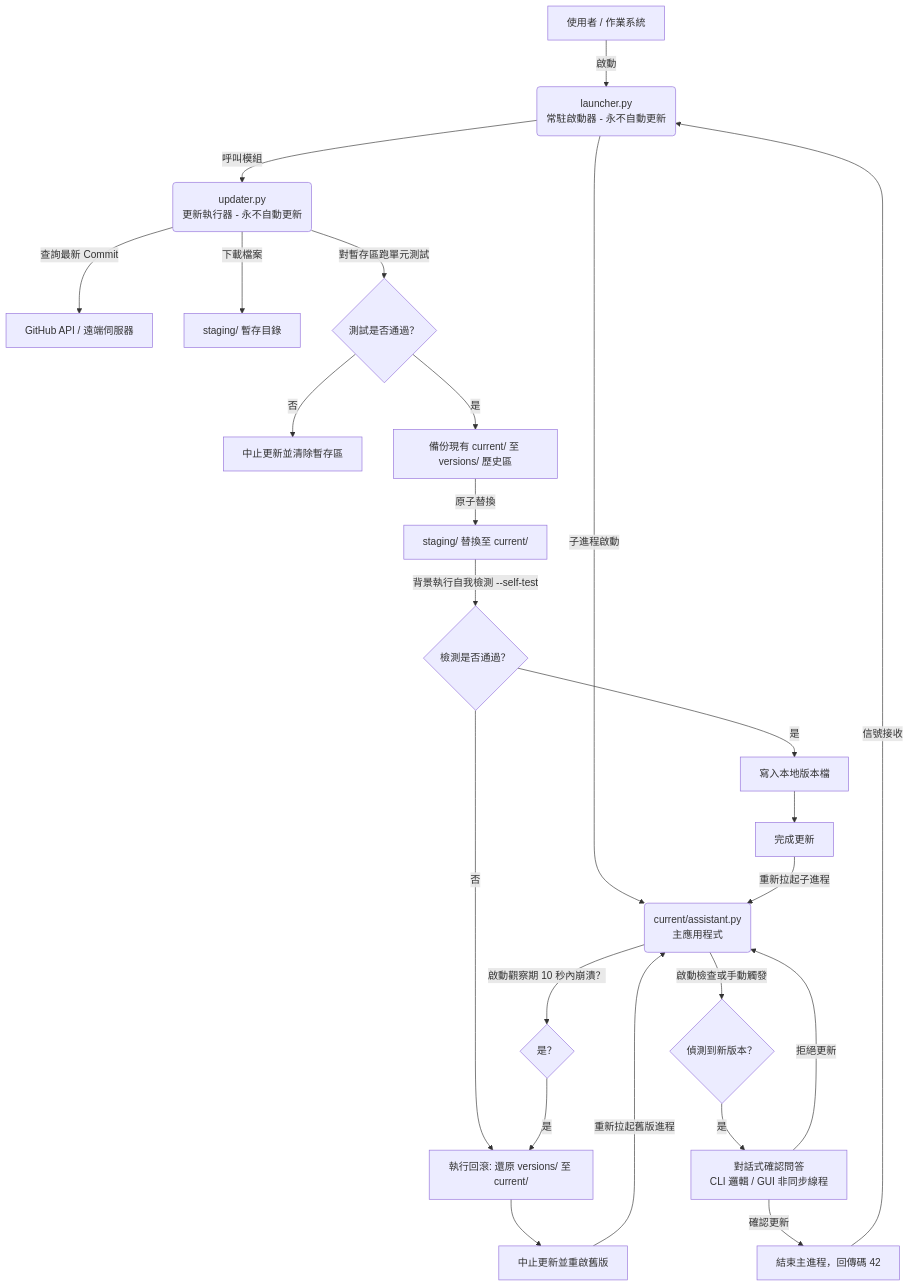
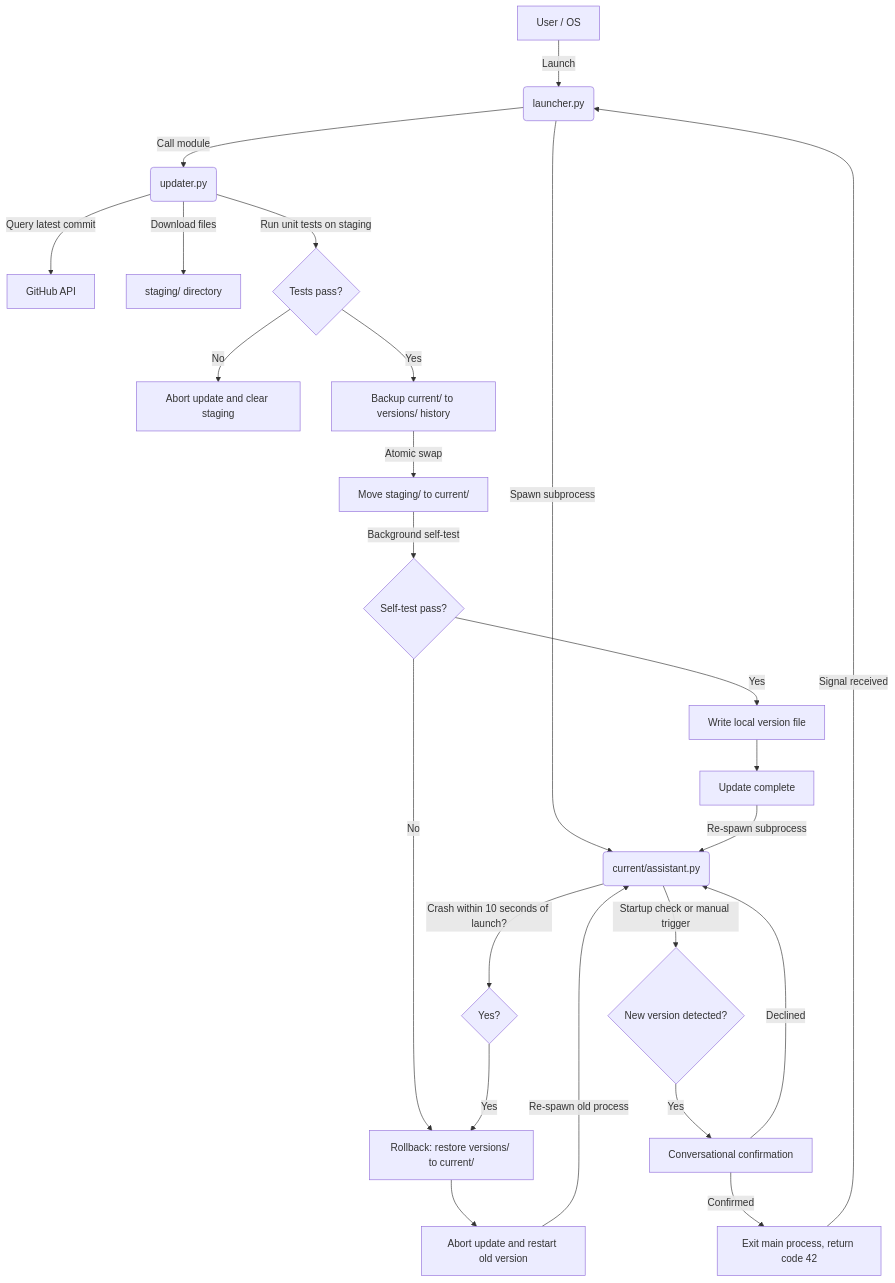
The diagram in Ann/update_flow_architecture.md (zohanlin2-ai/AI-coding-only), drawn with Mermaid before and after one commit. The commit also changed other lines of this file and 11 other files, not shown here.

````diff
--- a/Ann/update_flow_architecture.md
+++ b/Ann/update_flow_architecture.md
@@ -11,26 +11,26 @@
 ```mermaid
 graph TD
-    A[使用者 / 作業系統] -->|啟動| B(launcher.py <br>常駐啟動器 - 永不自動更新)
-    B -->|子進程啟動| C(current/assistant.py <br>主應用程式)
-    C -->|啟動檢查或手動觸發| D{偵測到新版本？}
-    D -->|是| E[對話式確認問答 <br>CLI 邏輯 / GUI 非同步線程]
-    E -->|拒絕更新| C
-    E -->|確認更新| F[結束主進程，回傳碼 42]
-    F -->|信號接收| B
-    B -->|呼叫模組| G(updater.py <br>更新執行器 - 永不自動更新)
-    G -->|查詢最新 Commit| H[GitHub API / 遠端伺服器]
-    G -->|下載檔案| I[staging/ 暫存目錄]
-    G -->|對暫存區跑單元測試| J{測試是否通過？}
-    J -->|否| K[中止更新並清除暫存區]
-    J -->|是| L[備份現有 current/ 至 versions/ 歷史區]
-    L -->|原子替換| M[staging/ 替換至 current/]
-    M -->|背景執行自我檢測 --self-test| O{檢測是否通過？}
-    O -->|否| P[執行回滾: 還原 versions/ 至 current/]
-    P --> N1[中止更新並重啟舊版]
-    O -->|是| Q[寫入本地版本檔]
-    Q --> N[完成更新]
-    N -->|重新拉起子進程| C
-    N1 -->|重新拉起舊版進程| C
-    C -->|啟動觀察期 10 秒內崩潰？| R{是？}
-    R -->|是| P
+    A[User / OS] -->|Launch| B(launcher.py)
+    B -->|Spawn subprocess| C(current/assistant.py)
+    C -->|Startup check or manual trigger| D{New version detected?}
+    D -->|Yes| E[Conversational confirmation]
+    E -->|Declined| C
+    E -->|Confirmed| F[Exit main process, return code 42]
+    F -->|Signal received| B
+    B -->|Call module| G(updater.py)
+    G -->|Query latest commit| H[GitHub API]
+    G -->|Download files| I[staging/ directory]
+    G -->|Run unit tests on staging| J{Tests pass?}
+    J -->|No| K[Abort update and clear staging]
+    J -->|Yes| L[Backup current/ to versions/ history]
+    L -->|Atomic swap| M[Move staging/ to current/]
+    M -->|Background self-test| O{Self-test pass?}
+    O -->|No| P[Rollback: restore versions/ to current/]
+    P --> N1[Abort update and restart old version]
+    O -->|Yes| Q[Write local version file]
+    Q --> N[Update complete]
+    N -->|Re-spawn subprocess| C
+    N1 -->|Re-spawn old process| C
+    C -->|Crash within 10 seconds of launch?| R{Yes?}
+    R -->|Yes| P
 ```
````
